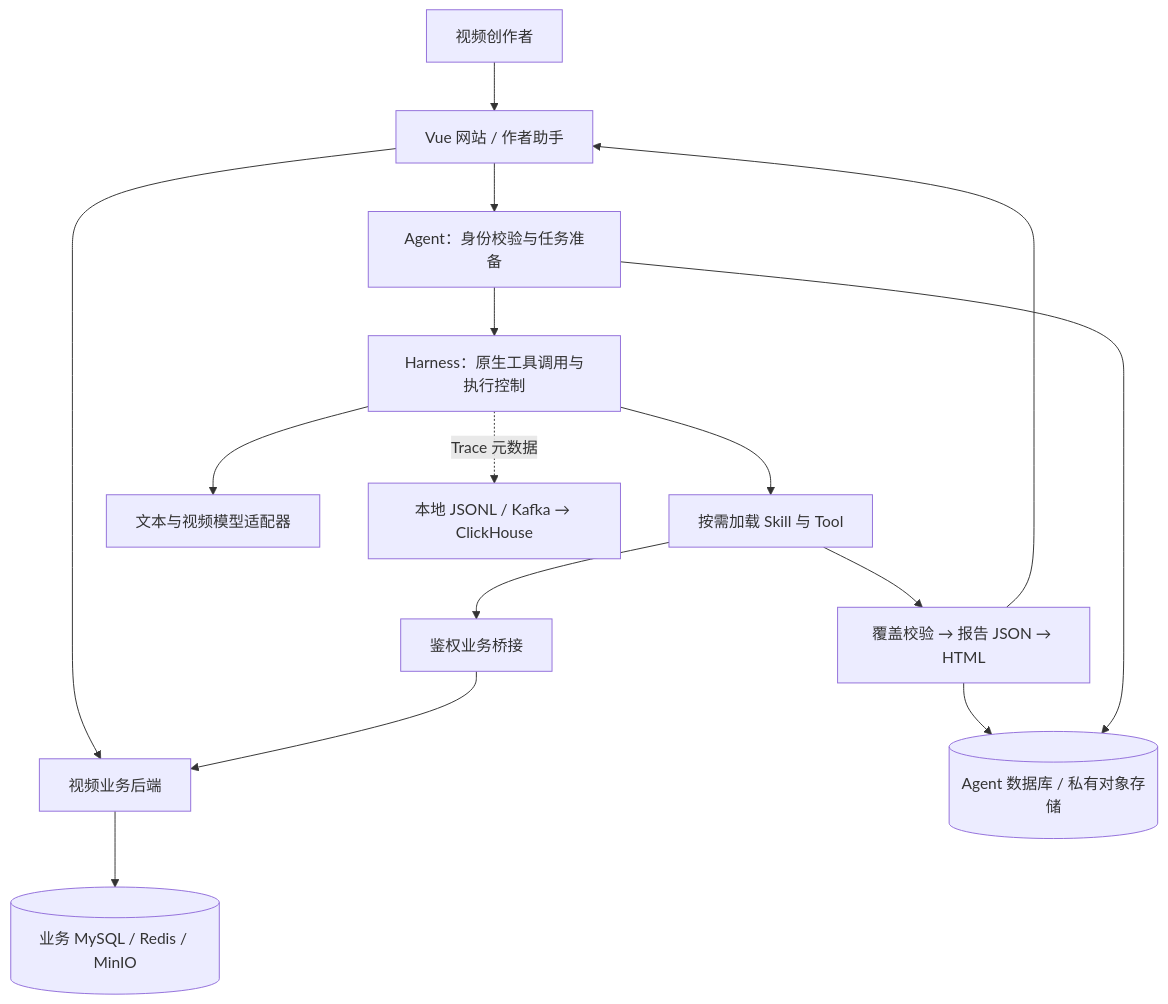
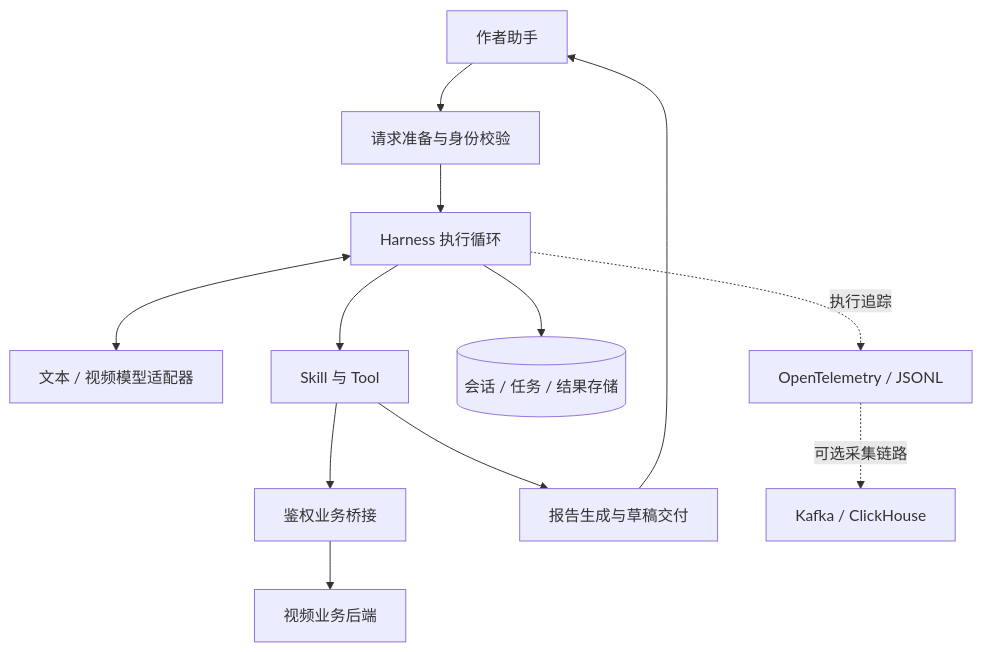
One commit to blackirlsama/Tianmu changed the second of 2 diagrams in README.md. Above: the diagram before and after it, drawn with Mermaid. The commit also changed other lines of this file and 1 other file, not shown here.

Commit message:
docs: separate backend and agent architecture and add agent screenshot

````diff
--- a/README.md
+++ b/README.md
@@ -147,17 +87,14 @@
 ```mermaid
 flowchart TB
-    User[视频创作者] --> Web[Vue 网站 / 作者助手]
-    Web --> Business[视频业务后端]
-    Web --> Agent[Agent：身份校验与任务准备]
-    Agent --> Loop[Harness：原生工具调用与执行控制]
-    Loop --> Tools[按需加载 Skill 与 Tool]
-    Tools --> Bridge[鉴权业务桥接]
-    Bridge --> Business
-    Business --> BusinessStore[(业务 MySQL / Redis / MinIO)]
-    Loop --> Models[文本与视频模型适配器]
-    Tools --> Report[覆盖校验 → 报告 JSON → HTML]
-    Report --> PrivateStore[(Agent 数据库 / 私有对象存储)]
-    Agent --> PrivateStore
+    Web[作者助手] --> Entry[请求准备与身份校验]
+    Entry --> Harness[Harness 执行循环]
+    Harness <--> Model[文本 / 视频模型适配器]
+    Harness --> Skills[Skill 与 Tool]
+    Skills --> Bridge[鉴权业务桥接]
+    Bridge --> Backend[视频业务后端]
+    Skills --> Report[报告生成与草稿交付]
     Report --> Web
-    Loop -. Trace 元数据 .-> Trace[本地 JSONL / Kafka → ClickHouse]
+    Harness --> Store[(会话 / 任务 / 结果存储)]
+    Harness -. 执行追踪 .-> Trace[OpenTelemetry / JSONL]
+    Trace -. 可选采集链路 .-> Lake[Kafka / ClickHouse]
 ```
````
